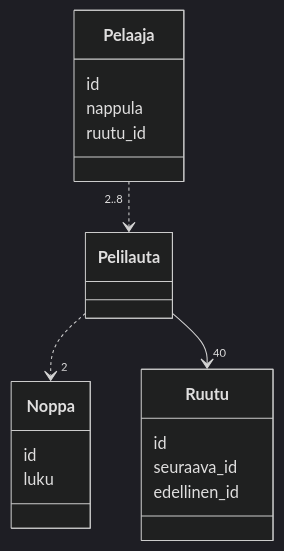
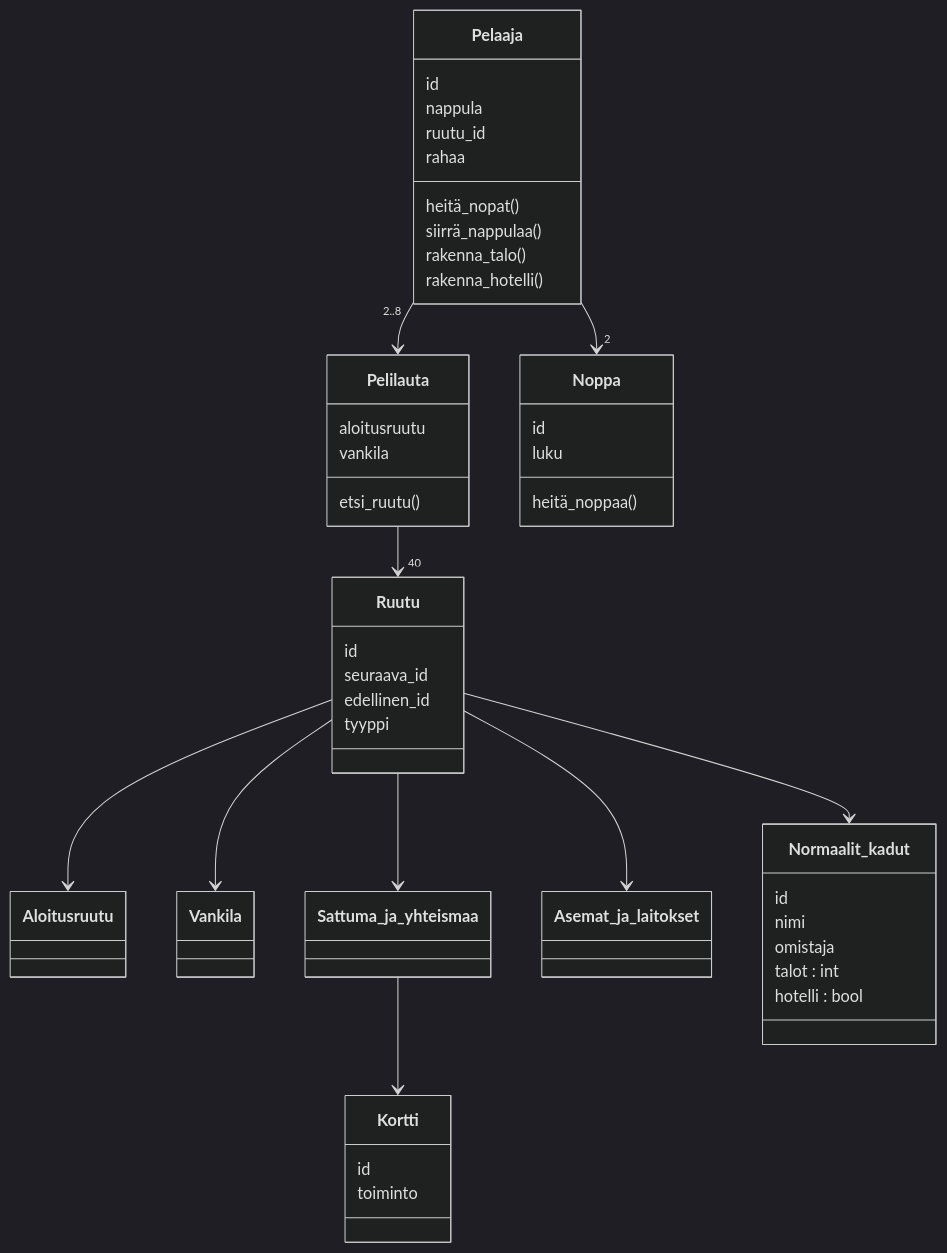
Before and after one commit to ismomehdi/ot-harjoitustyo: the diagram in laskarit/viikko3/monopoli.md, drawn with Mermaid (dark theme).

`````diff
--- a/laskarit/viikko3/monopoli.md
+++ b/laskarit/viikko3/monopoli.md
@@ -3,24 +3,59 @@
 ```mermaid
   classDiagram
-    Pelaaja "2..8" ..> Pelilauta
-    Pelilauta ..> "2" Noppa
+    Pelaaja "2..8" --> Pelilauta
+    Pelaaja --> "2" Noppa
     Pelilauta --> "40" Ruutu
+    
+    Ruutu --> Aloitusruutu
+    Ruutu --> Vankila
+    Ruutu --> Sattuma_ja_yhteismaa
+    Ruutu --> Asemat_ja_laitokset
+    Ruutu --> Normaalit_kadut
+    
+    Sattuma_ja_yhteismaa --> Kortti
     
     class Pelaaja{
       id
       nappula
       ruutu_id
+      rahaa
+      heitä_nopat()
+      siirrä_nappulaa()
+      rakenna_talo()
+      rakenna_hotelli()
     }
     
     class Ruutu{
       id
       seuraava_id
       edellinen_id
+      tyyppi
     }
     
     class Noppa{
       id
       luku
+      heitä_noppaa()
     }
     
+    class Pelilauta{ 
+      aloitusruutu
+      vankila
+      etsi_ruutu()
+    }
+    
+    class Normaalit_kadut{
+      id
+      nimi
+      omistaja
+      talot : int
+      hotelli : bool
+    }
+    
+    class Kortti{
+      id
+      toiminto
+    }
+    
+    
 ````
`````
